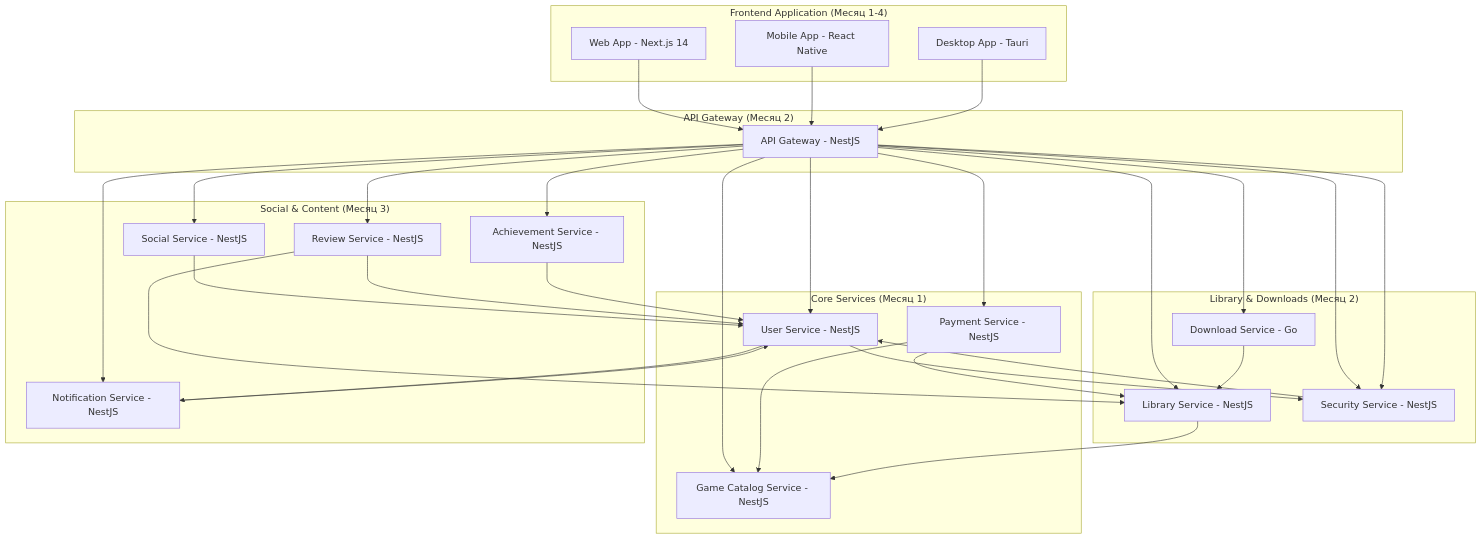
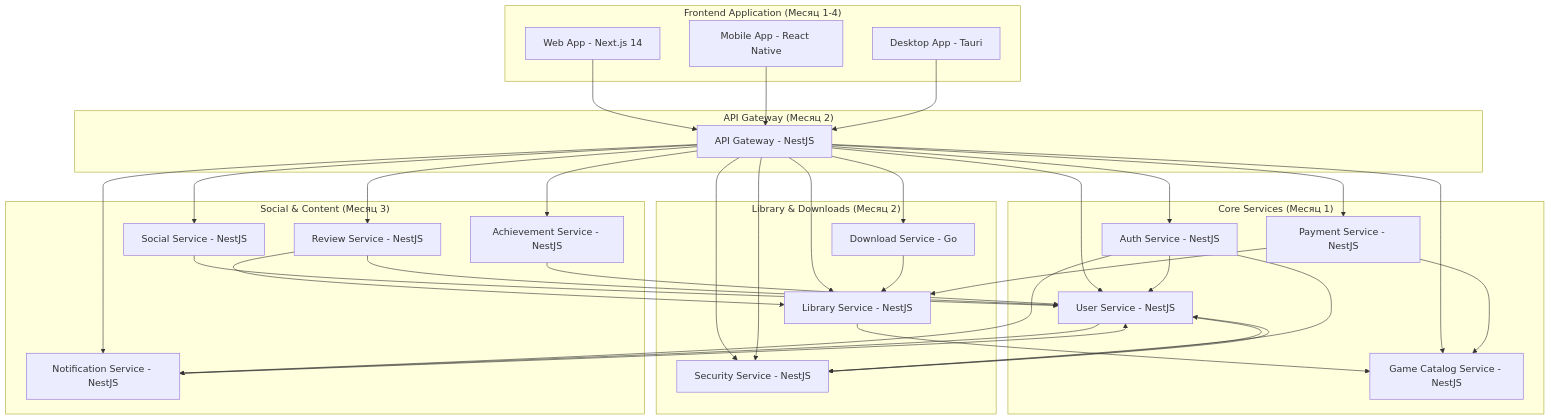
The diagram in .kiro/specs/microservices-integration-map.md (wizarding-anonymous/cryo), drawn with Mermaid before and after one commit. The commit also changed other lines of this file and 269 other files, not shown here.

Commit message:
Рефакторинг микросервиса User Service - Часть 1

````diff
--- a/.kiro/specs/microservices-integration-map.md
+++ b/.kiro/specs/microservices-integration-map.md
@@ -9,60 +14,66 @@
 ```mermaid
 graph TB
     subgraph "Frontend Application (Месяц 1-4)"
         Web[Web App - Next.js 14]
         Mobile[Mobile App - React Native]
         Desktop[Desktop App - Tauri]
     end
     
     subgraph "API Gateway (Месяц 2)"
         Gateway[API Gateway - NestJS]
     end
     
     subgraph "Core Services (Месяц 1)"
+        AuthService[Auth Service - NestJS]
         UserService[User Service - NestJS]
         GameCatalog[Game Catalog Service - NestJS]
         PaymentService[Payment Service - NestJS]
     end
     
     subgraph "Library & Downloads (Месяц 2)"
         LibraryService[Library Service - NestJS]
         DownloadService[Download Service - Go]
         SecurityService[Security Service - NestJS]
     end
     
     subgraph "Social & Content (Месяц 3)"
         SocialService[Social Service - NestJS]
         ReviewService[Review Service - NestJS]
         NotificationService[Notification Service - NestJS]
         AchievementService[Achievement Service - NestJS]
     end
     
     Web --> Gateway
     Mobile --> Gateway
     Desktop --> Gateway
     
+    Gateway --> AuthService
     Gateway --> UserService
     Gateway --> GameCatalog
     Gateway --> PaymentService
     Gateway --> LibraryService
     Gateway --> DownloadService
     Gateway --> SecurityService
     Gateway --> SocialService
     Gateway --> ReviewService
     Gateway --> NotificationService
     Gateway --> AchievementService
+    
+    AuthService --> UserService
+    AuthService --> SecurityService
+    AuthService --> NotificationService
     
     PaymentService --> LibraryService
     PaymentService --> GameCatalog
     LibraryService --> GameCatalog
     DownloadService --> LibraryService
     SocialService --> UserService
     ReviewService --> UserService
     ReviewService --> LibraryService
     NotificationService --> UserService
     AchievementService --> UserService
     SecurityService --> UserService
     UserService --> NotificationService
     UserService --> SecurityService
     Gateway --> SecurityService
 ```
````
